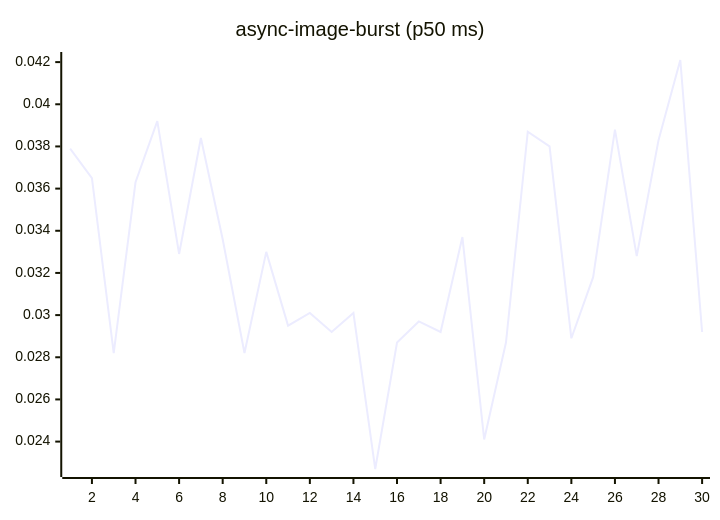
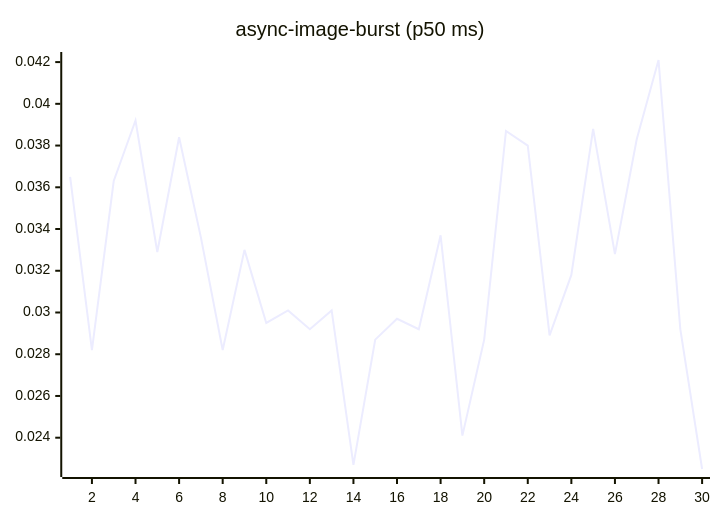
One commit to josha/Facet changed the fourth of 27 diagrams in README.md. Above: the diagram before and after it, drawn with Mermaid. The commit also changed other lines of this file and 2 other files, not shown here.

````diff
--- a/README.md
+++ b/README.md
@@ -84,6 +84,6 @@
 ```mermaid
 xychart-beta
     title "async-image-burst (p50 ms)"
     x-axis 1 --> 30
-    line [0.0379, 0.0365, 0.0282, 0.0363, 0.0392, 0.0329, 0.0384, 0.0336, 0.0282, 0.0330, 0.0295, 0.0301, 0.0292, 0.0301, 0.0227, 0.0287, 0.0297, 0.0292, 0.0337, 0.0241, 0.0287, 0.0387, 0.0380, 0.0289, 0.0318, 0.0388, 0.0328, 0.0383, 0.0421, 0.0292]
+    line [0.0365, 0.0282, 0.0363, 0.0392, 0.0329, 0.0384, 0.0336, 0.0282, 0.0330, 0.0295, 0.0301, 0.0292, 0.0301, 0.0227, 0.0287, 0.0297, 0.0292, 0.0337, 0.0241, 0.0287, 0.0387, 0.0380, 0.0289, 0.0318, 0.0388, 0.0328, 0.0383, 0.0421, 0.0292, 0.0225]
 ```
````
